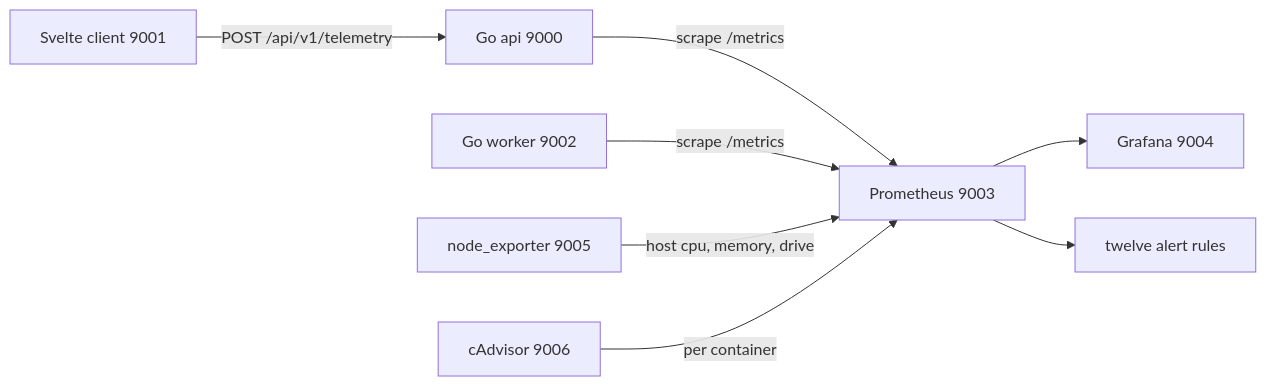
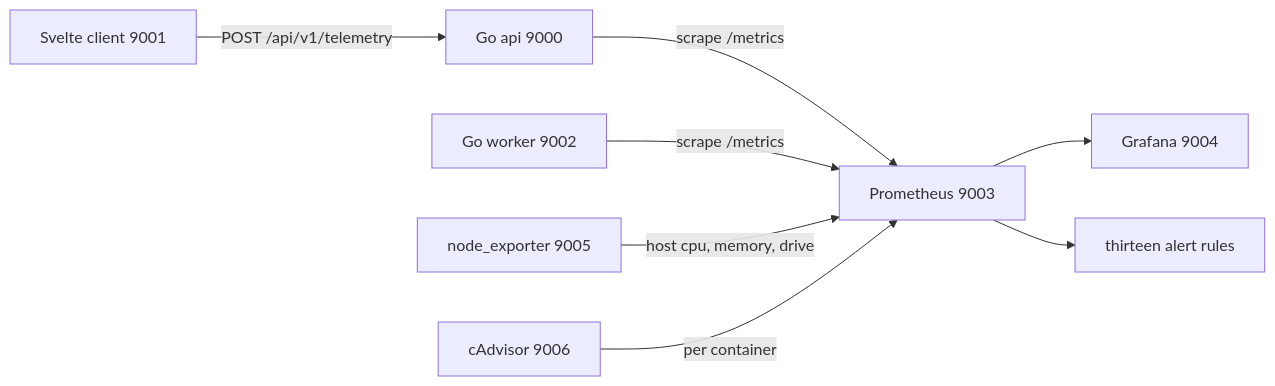
One commit to prothegee/ottodot-trial-booking_seat changed the ninth of 10 diagrams in backend/HLD.md. Above: the diagram before and after it, drawn with Mermaid. The commit also changed other lines of this file, not shown here.

Commit message:
say thirteen alert rules, not twelve

````diff
--- a/backend/HLD.md
+++ b/backend/HLD.md
@@ -429,10 +429,10 @@
 ```mermaid
 flowchart LR
     api[Go api 9000] -->|scrape /metrics| prom[Prometheus 9003]
     worker[Go worker 9002] -->|scrape /metrics| prom
     node[node_exporter 9005] -->|host cpu, memory, drive| prom
     cadv[cAdvisor 9006] -->|per container| prom
     client[Svelte client 9001] -->|POST /api/v1/telemetry| api
     prom --> graf[Grafana 9004]
-    prom --> rules[twelve alert rules]
+    prom --> rules[thirteen alert rules]
 ```
````
